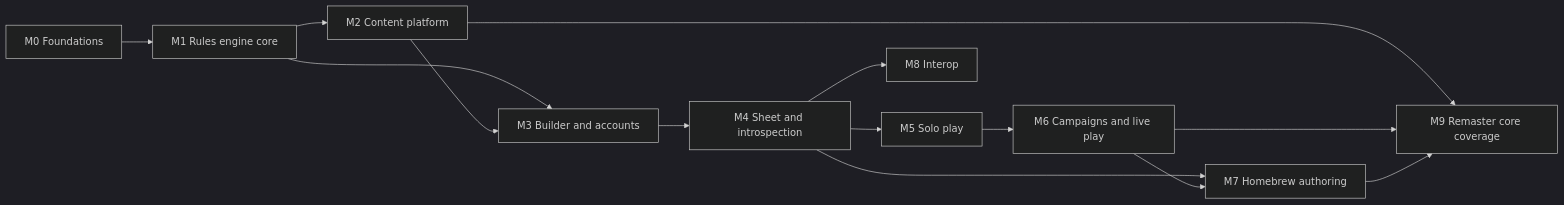
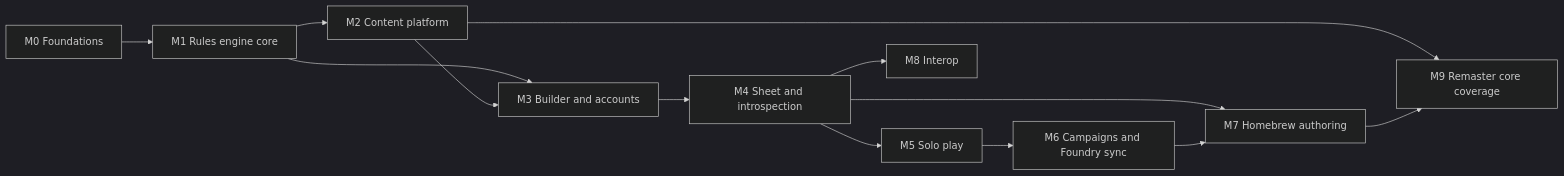
The diagram in docs/roadmap.md (DavidDudson/pioneer), drawn with Mermaid (dark theme) before and after one commit. The commit also changed other lines of this file and 6 other files, not shown here.

First line of the commit message:
docs: move campaign live play to Foundry (ADR-0018)

````diff
--- a/docs/roadmap.md
+++ b/docs/roadmap.md
@@ -6,16 +6,15 @@
 ```mermaid
 flowchart LR
   M0[M0 Foundations] --> M1[M1 Rules engine core]
   M1 --> M2[M2 Content platform]
   M1 --> M3[M3 Builder and accounts]
   M2 --> M3
   M3 --> M4[M4 Sheet and introspection]
   M4 --> M5[M5 Solo play]
-  M5 --> M6[M6 Campaigns and live play]
+  M5 --> M6[M6 Campaigns and Foundry sync]
   M4 --> M7[M7 Homebrew authoring]
   M6 --> M7
   M4 --> M8[M8 Interop]
   M2 --> M9[M9 Remaster core coverage]
-  M6 --> M9
   M7 --> M9
 ```
````
